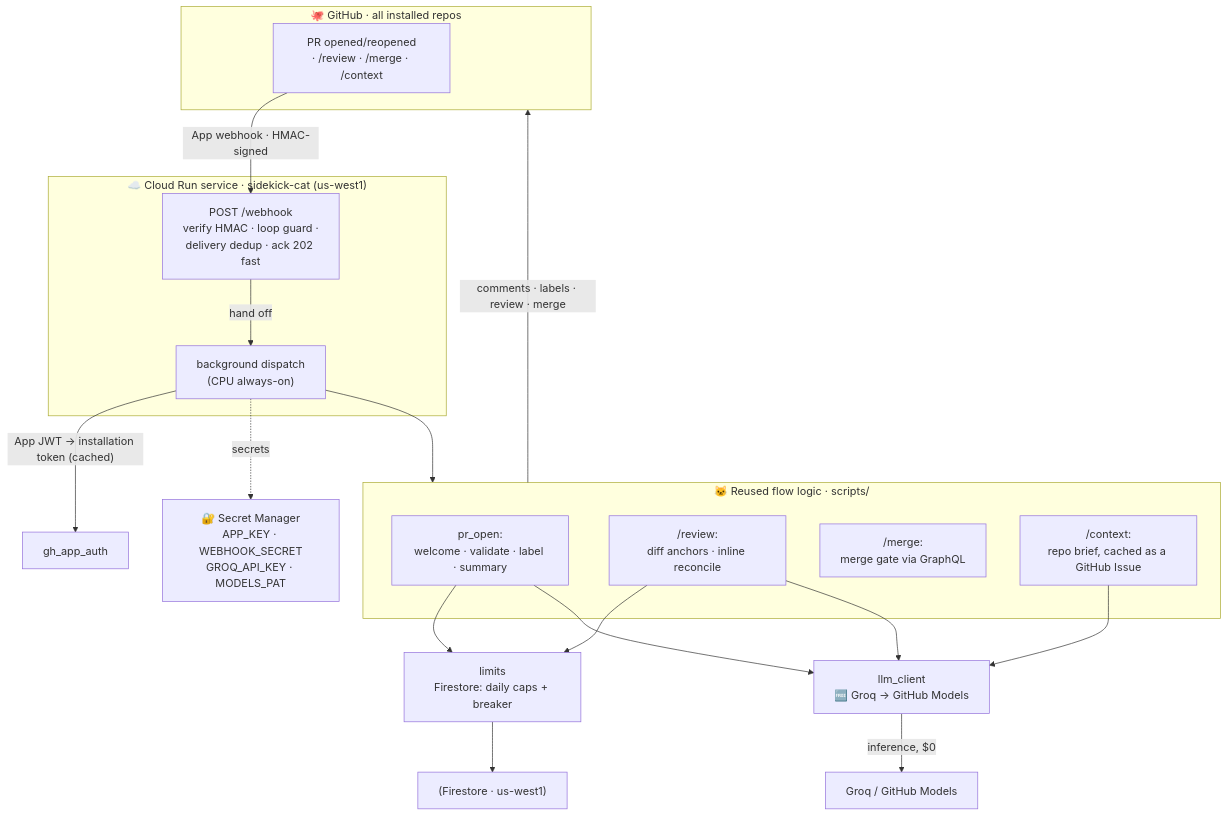
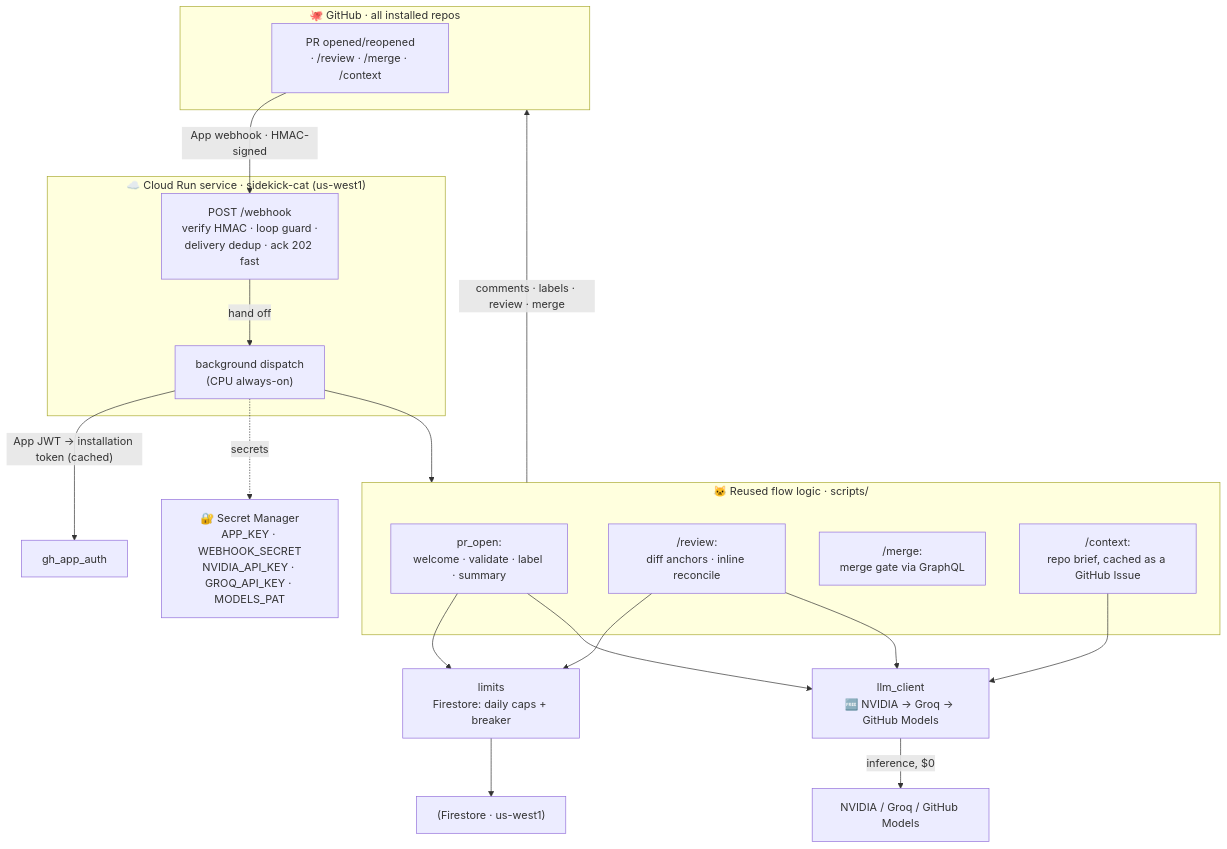
The diagram in README.md (jacklvd/sidekick-cat), drawn with Mermaid before and after one commit. The commit also changed other lines of this file and 7 other files, not shown here.

First line of the commit message:
docs+infra: NVIDIA_API_KEY across terraform, setup wizard, and docs

````diff
--- a/README.md
+++ b/README.md
@@ -78,39 +79,39 @@
 ```mermaid
 flowchart TB
     subgraph GH["🐙 GitHub · all installed repos"]
         EV["PR opened/reopened<br/>· /review · /merge · /context"]
     end
 
     EV -->|"App webhook · HMAC-signed"| WH
 
     subgraph CR["☁️ Cloud Run service · sidekick-cat (us-west1)"]
         WH["POST /webhook<br/>verify HMAC · loop guard ·<br/>delivery dedup · ack 202 fast"]
         DI["background dispatch<br/>(CPU always-on)"]
         WH -->|hand off| DI
     end
 
     DI -->|"App JWT → installation token (cached)"| AUTH["gh_app_auth"]
     DI --> FLOWS
 
     subgraph FLOWS["🐱 Reused flow logic · scripts/"]
         PO["pr_open:<br/>welcome · validate · label · summary"]
         RV["/review:<br/>diff anchors · inline reconcile"]
         MG["/merge:<br/>merge gate via GraphQL"]
         CX["/context:<br/>repo brief, cached as a GitHub Issue"]
     end
 
     PO --> LIM
     RV --> LIM
     PO --> LLM
     RV --> LLM
     CX --> LLM
 
-    LLM["llm_client<br/>🆓 Groq → GitHub Models"]
+    LLM["llm_client<br/>🆓 NVIDIA → Groq → GitHub Models"]
     LIM["limits<br/>Firestore: daily caps + breaker"]
 
-    DI -.->|secrets| SM["🔐 Secret Manager<br/>APP_KEY · WEBHOOK_SECRET<br/>GROQ_API_KEY · MODELS_PAT"]
+    DI -.->|secrets| SM["🔐 Secret Manager<br/>APP_KEY · WEBHOOK_SECRET<br/>NVIDIA_API_KEY · GROQ_API_KEY · MODELS_PAT"]
     LIM --> FS["(Firestore · us-west1)"]
-    LLM -->|inference, $0| EXT["Groq / GitHub Models"]
+    LLM -->|inference, $0| EXT["NVIDIA / Groq / GitHub Models"]
 
     FLOWS -->|"comments · labels · review · merge"| GH
 ```
````
